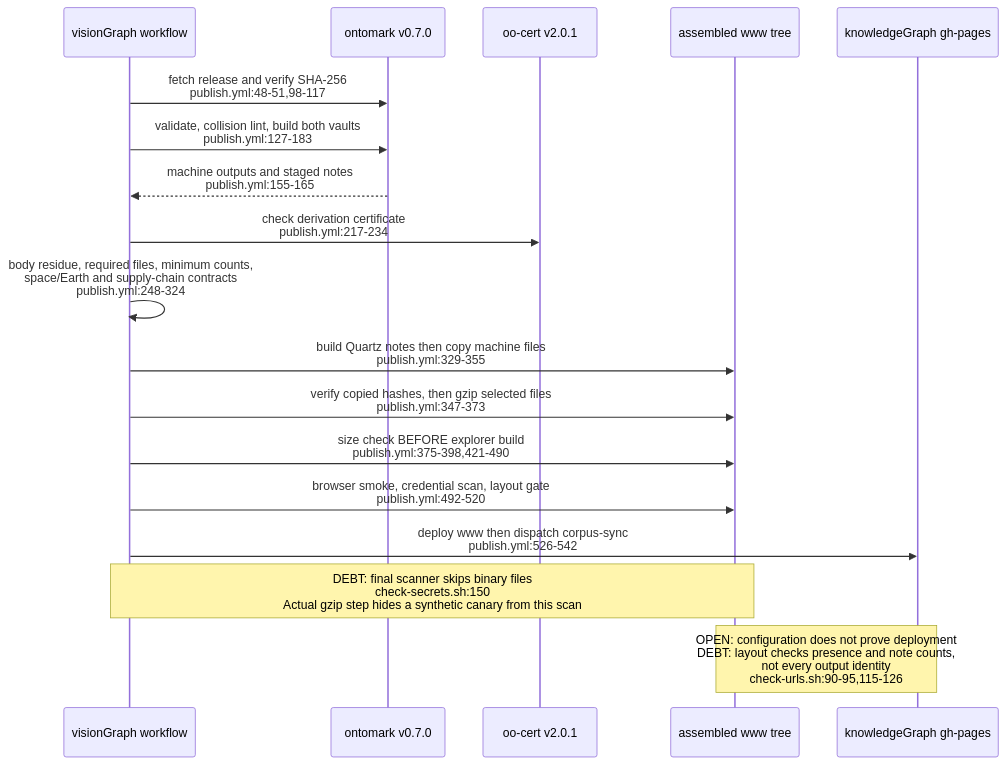
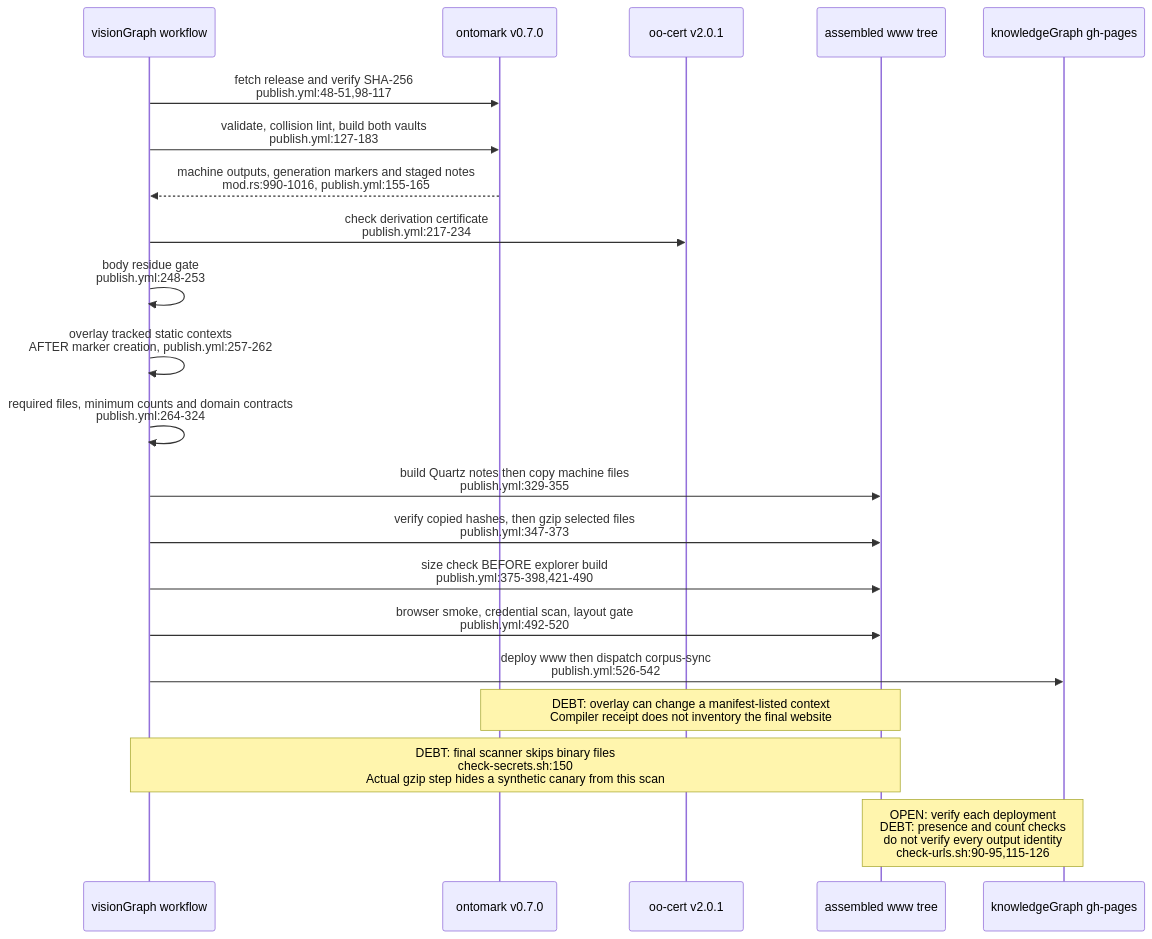
One commit to DreamLab-AI/VisionFlow changed the first of 2 diagrams in docs/diagrams/knowledgegraph/05-ci-cd-and-publish.md. Above: the diagram before and after it, drawn with Mermaid. The commit also changed 26 other files, not shown here.

Commit message:
docs: complete knowledgeGraph inventory and verify public receipt mismatch

````diff
--- a/docs/diagrams/knowledgegraph/05-ci-cd-and-publish.md
+++ b/docs/diagrams/knowledgegraph/05-ci-cd-and-publish.md
@@ -31,20 +31,23 @@
 ```mermaid
 sequenceDiagram
     participant V as visionGraph workflow
     participant O as ontomark v0.7.0
     participant C as oo-cert v2.0.1
     participant S as assembled www tree
     participant G as knowledgeGraph gh-pages
     V->>O: fetch release and verify SHA-256<br/>publish.yml:48-51,98-117
     V->>O: validate, collision lint, build both vaults<br/>publish.yml:127-183
-    O-->>V: machine outputs and staged notes<br/>publish.yml:155-165
+    O-->>V: machine outputs, generation markers and staged notes<br/>mod.rs:990-1016, publish.yml:155-165
     V->>C: check derivation certificate<br/>publish.yml:217-234
-    V->>V: body residue, required files, minimum counts,<br/>space/Earth and supply-chain contracts<br/>publish.yml:248-324
+    V->>V: body residue gate<br/>publish.yml:248-253
+    V->>V: overlay tracked static contexts<br/>AFTER marker creation, publish.yml:257-262
+    V->>V: required files, minimum counts and domain contracts<br/>publish.yml:264-324
     V->>S: build Quartz notes then copy machine files<br/>publish.yml:329-355
     V->>S: verify copied hashes, then gzip selected files<br/>publish.yml:347-373
     V->>S: size check BEFORE explorer build<br/>publish.yml:375-398,421-490
     V->>S: browser smoke, credential scan, layout gate<br/>publish.yml:492-520
     V->>G: deploy www then dispatch corpus-sync<br/>publish.yml:526-542
+    Note over O,S: DEBT: overlay can change a manifest-listed context<br/>Compiler receipt does not inventory the final website
     Note over V,S: DEBT: final scanner skips binary files<br/>check-secrets.sh:150<br/>Actual gzip step hides a synthetic canary from this scan
-    Note over S,G: OPEN: configuration does not prove deployment<br/>DEBT: layout checks presence and note counts,<br/>not every output identity<br/>check-urls.sh:90-95,115-126
+    Note over S,G: OPEN: verify each deployment<br/>DEBT: presence and count checks<br/>do not verify every output identity<br/>check-urls.sh:90-95,115-126
 ```
````
